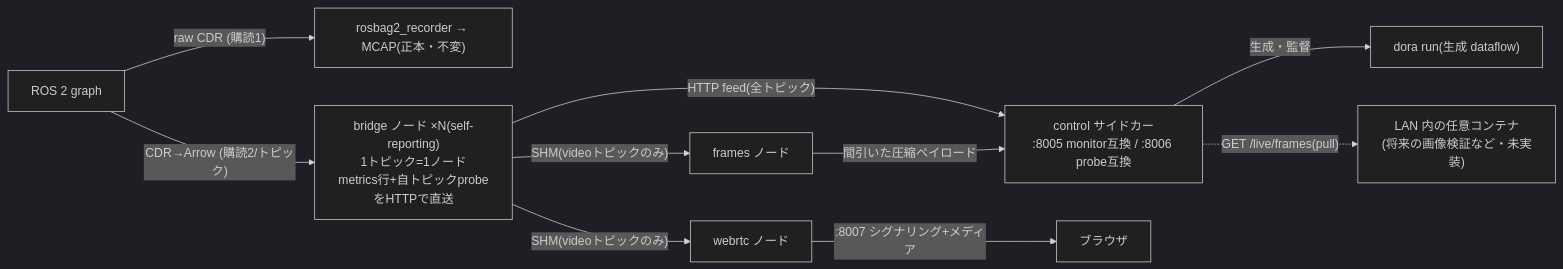
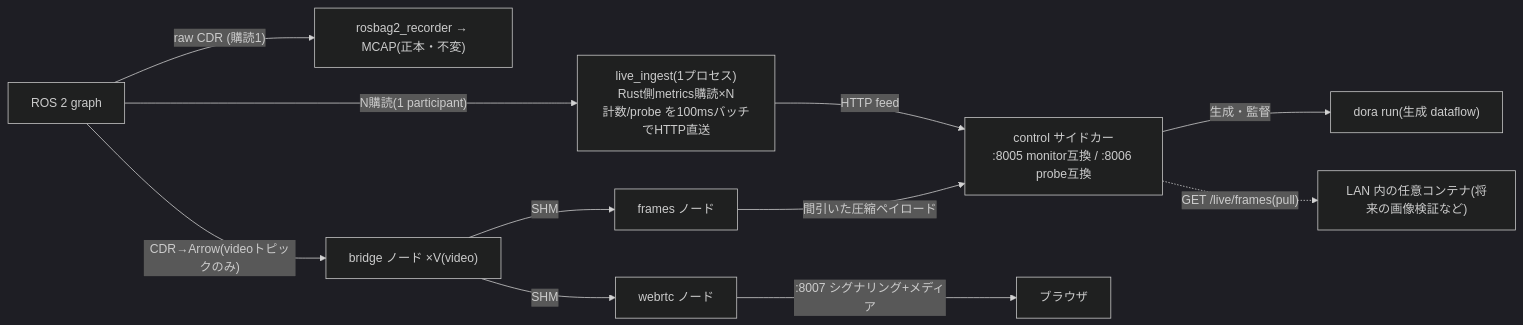
Before and after one commit to sige0002/kairos: the diagram in docs/specs/ja/dora_live.md, drawn with Mermaid (dark theme). The commit also changed other lines of this file and 9 other files, not shown here.

````diff
--- a/docs/specs/ja/dora_live.md
+++ b/docs/specs/ja/dora_live.md
@@ -25,11 +25,12 @@
 ```mermaid
 flowchart LR
     ROS["ROS 2 graph"] -->|"raw CDR (購読1)"| REC["rosbag2_recorder → MCAP(正本・不変)"]
-    ROS -->|"CDR→Arrow (購読2/トピック)"| B["bridge ノード ×N(self-reporting)<br/>1トピック=1ノード<br/>metrics行+自トピックprobeをHTTPで直送"]
-    B -->|"HTTP feed(全トピック)"| C["control サイドカー<br/>:8005 monitor互換 / :8006 probe互換"]
-    B -->|"SHM(videoトピックのみ)"| F["frames ノード"] & W["webrtc ノード"]
+    ROS -->|"N購読(1 participant)"| ING["live_ingest(1プロセス)<br/>Rust側metrics購読×N<br/>計数/probe を100msバッチでHTTP直送"]
+    ROS -->|"CDR→Arrow(videoトピックのみ)"| B["bridge ノード ×V(video)"]
+    ING -->|"HTTP feed"| C["control サイドカー<br/>:8005 monitor互換 / :8006 probe互換"]
+    B -->|"SHM"| F["frames ノード"] & W["webrtc ノード"]
     F -->|"間引いた圧縮ペイロード"| C
     W -->|":8007 シグナリング+メディア"| BR["ブラウザ"]
     C -->|生成・監督| DF["dora run(生成 dataflow)"]
-    C -.->|"GET /live/frames(pull)"| EXT["LAN 内の任意コンテナ<br/>(将来の画像検証など・未実装)"]
+    C -.->|"GET /live/frames(pull)"| EXT["LAN 内の任意コンテナ(将来の画像検証など)"]
 ```
````
